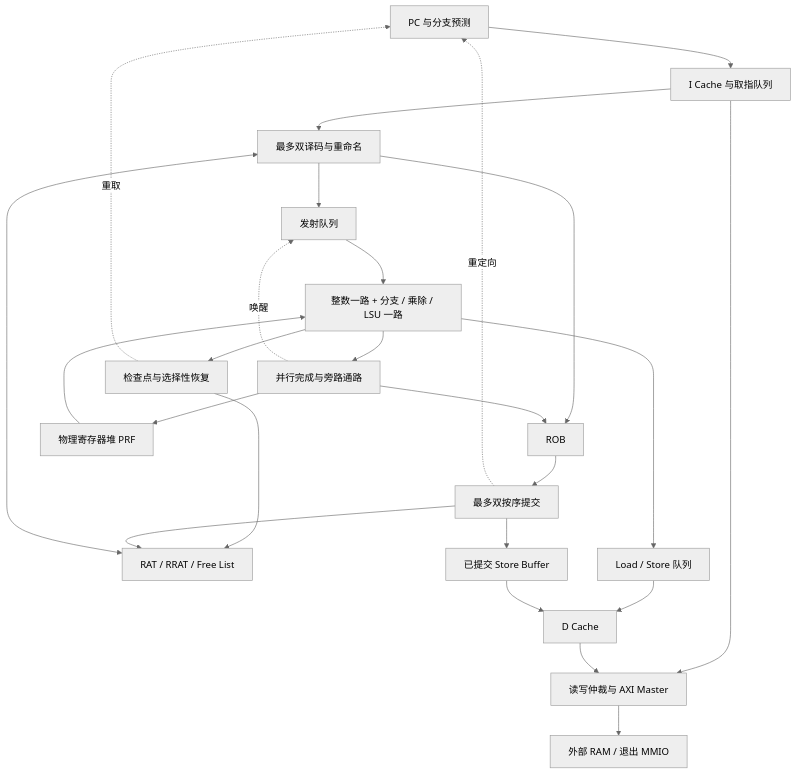
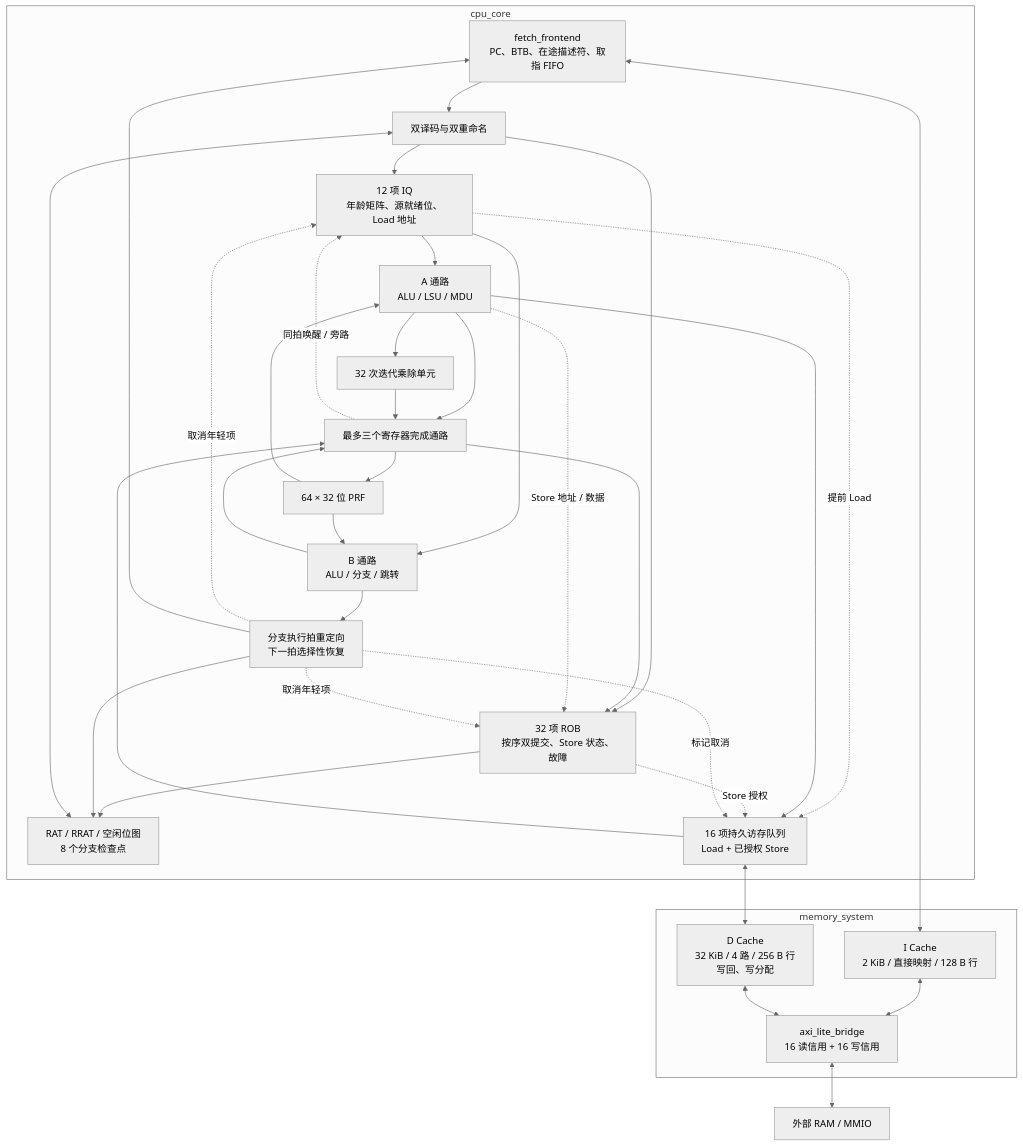
The first of 3 diagrams in docs/arch.md (GIFBMP/RISC-V-CPU-2026), drawn with Mermaid (neutral theme) before and after one commit. The commit also changed other lines of this file, not shown here.

````diff
--- a/docs/arch.md
+++ b/docs/arch.md
@@ -77,27 +72,54 @@
 ```mermaid
-flowchart TD
-    PC["PC 与分支预测"] --> IC["I Cache 与取指队列"]
-    IC --> DEC["最多双译码与重命名"]
-    MAP["RAT / RRAT / Free List"] <--> DEC
-    DEC --> IQ["发射队列"]
-    DEC --> ROB["ROB"]
-    PRF["物理寄存器堆 PRF"] --> EX["整数一路 + 分支 / 乘除 / LSU 一路"]
-    IQ --> EX
-    EX --> WB["并行完成与旁路通路"]
-    EX --> REC["检查点与选择性恢复"]
-    REC --> MAP
-    REC -. "重取" .-> PC
-    WB --> PRF
-    WB --> ROB
-    WB -. "唤醒" .-> IQ
-    ROB --> COMMIT["最多双按序提交"]
-    COMMIT --> MAP
-    COMMIT -. "重定向" .-> PC
-    EX --> LSQ["Load / Store 队列"]
-    COMMIT --> SB["已提交 Store Buffer"]
-    LSQ --> DC["D Cache"]
-    SB --> DC
-    IC --> AXI["读写仲裁与 AXI Master"]
-    DC --> AXI
-    AXI --> MEM["外部 RAM / 退出 MMIO"]
+flowchart TB
+    subgraph CORE["cpu_core"]
+        FE["fetch_frontend<br/>PC、BTB、在途描述符、取指 FIFO"]
+        DEC["双译码与双重命名"]
+        MAP["RAT / RRAT / 空闲位图<br/>8 个分支检查点"]
+        IQ["12 项 IQ<br/>年龄矩阵、源就绪位、Load 地址"]
+        PRF["64 × 32 位 PRF"]
+        A["A 通路<br/>ALU / LSU / MDU"]
+        B["B 通路<br/>ALU / 分支 / 跳转"]
+        MDU["32 次迭代乘除单元"]
+        WB["最多三个寄存器完成通路"]
+        ROB["32 项 ROB<br/>按序双提交、Store 状态、故障"]
+        MQ["16 项持久访存队列<br/>Load + 已授权 Store"]
+        REC["分支执行拍重定向<br/>下一拍选择性恢复"]
+        FE --> DEC
+        MAP <--> DEC
+        DEC --> IQ
+        DEC --> ROB
+        IQ --> A
+        IQ --> B
+        PRF --> A
+        PRF --> B
+        A --> MDU
+        A --> WB
+        B --> WB
+        MDU --> WB
+        MQ --> WB
+        WB --> PRF
+        WB --> ROB
+        WB -. "同拍唤醒 / 旁路" .-> IQ
+        IQ -. "提前 Load" .-> MQ
+        A --> MQ
+        A -. "Store 地址 / 数据" .-> ROB
+        ROB -. "Store 授权" .-> MQ
+        ROB --> MAP
+        B --> REC
+        REC --> MAP
+        REC -. "取消年轻项" .-> ROB
+        REC -. "取消年轻项" .-> IQ
+        REC -. "标记取消" .-> MQ
+        REC --> FE
+    end
+    subgraph MEMORY["memory_system"]
+        IC["I Cache<br/>2 KiB / 直接映射 / 128 B 行"]
+        DC["D Cache<br/>32 KiB / 4 路 / 256 B 行<br/>写回、写分配"]
+        AXI["axi_lite_bridge<br/>16 读信用 + 16 写信用"]
+        IC <--> AXI
+        DC <--> AXI
+    end
+    FE <--> IC
+    MQ <--> DC
+    AXI <--> RAM["外部 RAM / MMIO"]
 ```
````
